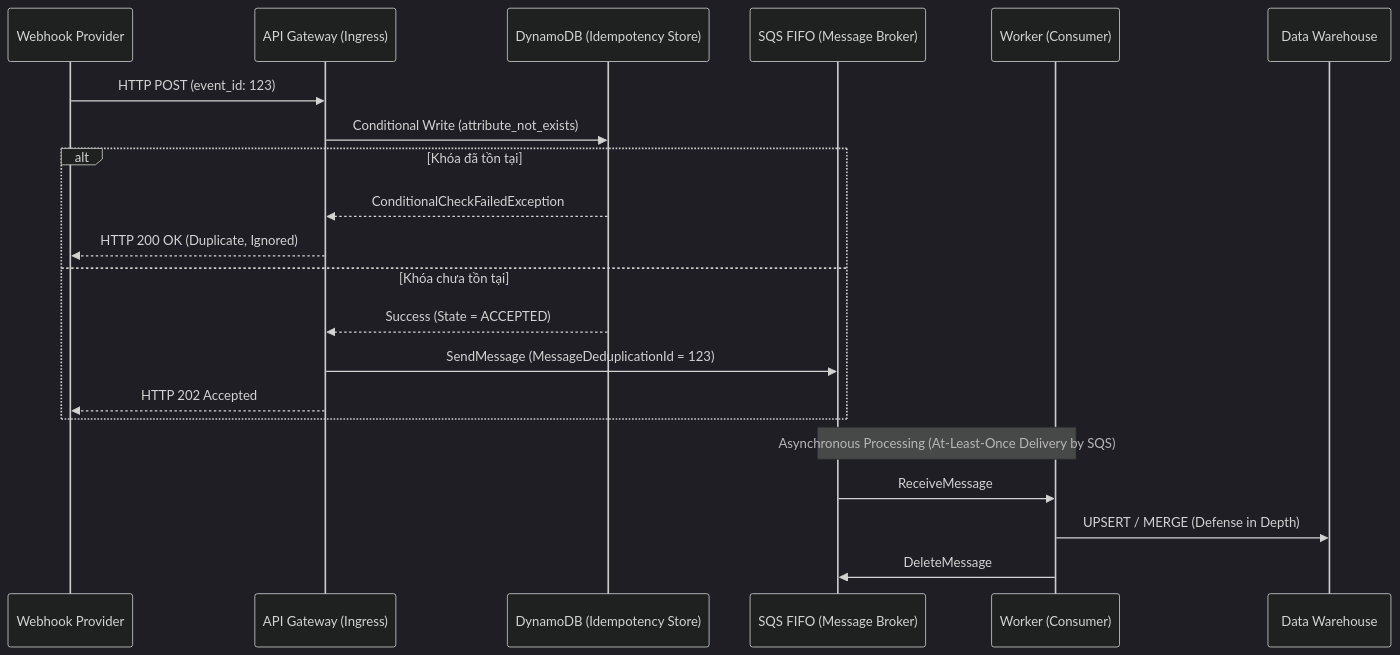
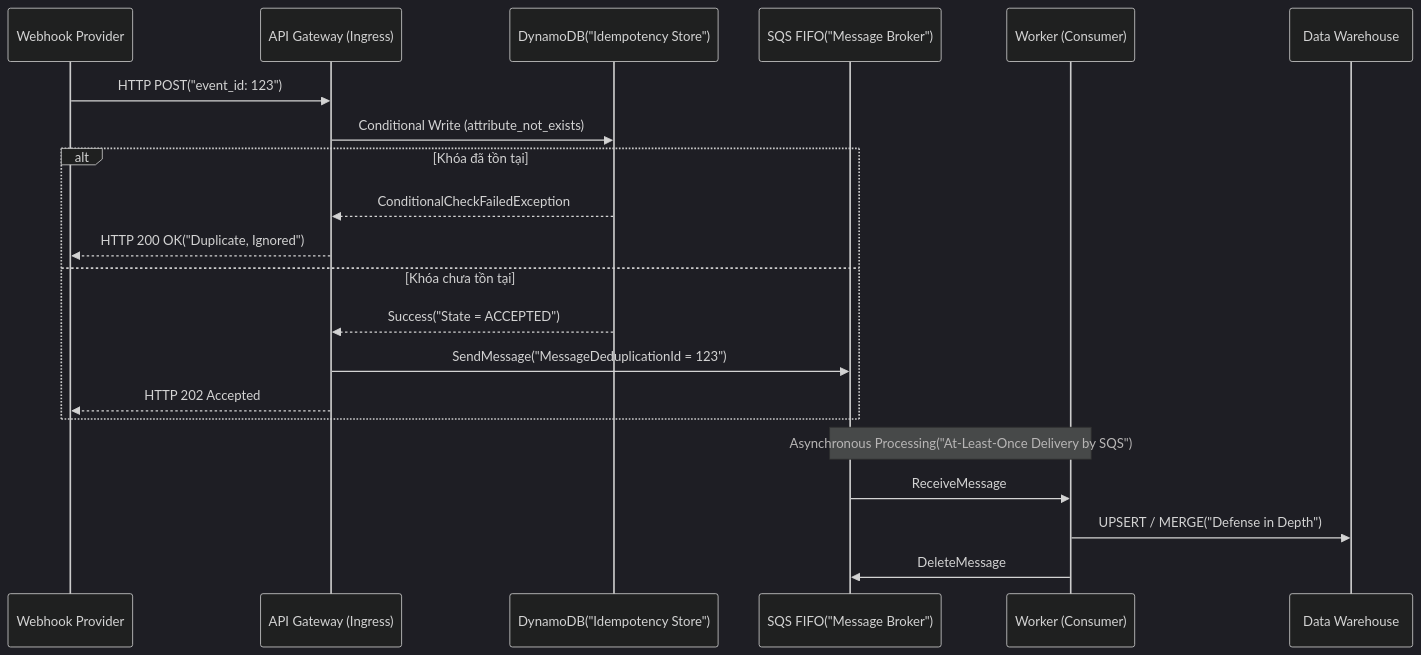
One commit to kythuatdulieu/kythuatdulieu.github.io changed the diagram in src/content/docs/concepts/2-data-ingestion-integration/webhook-idempotency.md. Above: the diagram before and after it, drawn with Mermaid (dark theme). The commit also changed 190 other files, not shown here.

Commit message:
fix: resolve mermaid syntax, math rendering, and metadata issues from content rewrite

````diff
--- a/src/content/docs/concepts/2-data-ingestion-integration/webhook-idempotency.md
+++ b/src/content/docs/concepts/2-data-ingestion-integration/webhook-idempotency.md
@@ -53,25 +53,25 @@
 ```mermaid
 sequenceDiagram
     participant P as Webhook Provider
     participant API as API Gateway (Ingress)
-    participant DDB as DynamoDB (Idempotency Store)
-    participant SQS as SQS FIFO (Message Broker)
+    participant DDB as DynamoDB("Idempotency Store")
+    participant SQS as SQS FIFO("Message Broker")
     participant W as Worker (Consumer)
     participant DW as Data Warehouse
 
-    P->>API: HTTP POST (event_id: 123)
+    P->>API: HTTP POST("event_id: 123")
     API->>DDB: Conditional Write (attribute_not_exists)
     alt Khóa đã tồn tại
         DDB-->>API: ConditionalCheckFailedException
-        API-->>P: HTTP 200 OK (Duplicate, Ignored)
+        API-->>P: HTTP 200 OK("Duplicate, Ignored")
     else Khóa chưa tồn tại
-        DDB-->>API: Success (State = ACCEPTED)
-        API->>SQS: SendMessage (MessageDeduplicationId = 123)
+        DDB-->>API: Success("State = ACCEPTED")
+        API->>SQS: SendMessage("MessageDeduplicationId = 123")
         API-->>P: HTTP 202 Accepted
     end
 
-    Note over SQS, W: Asynchronous Processing (At-Least-Once Delivery by SQS)
+    Note over SQS, W: Asynchronous Processing("At-Least-Once Delivery by SQS")
     SQS->>W: ReceiveMessage
-    W->>DW: UPSERT / MERGE (Defense in Depth)
+    W->>DW: UPSERT / MERGE("Defense in Depth")
     W->>SQS: DeleteMessage
 ```
````
